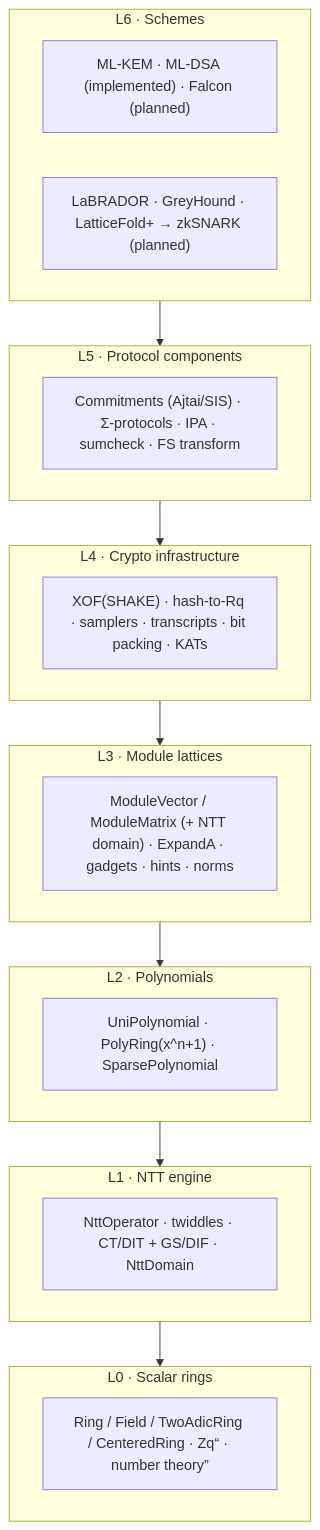
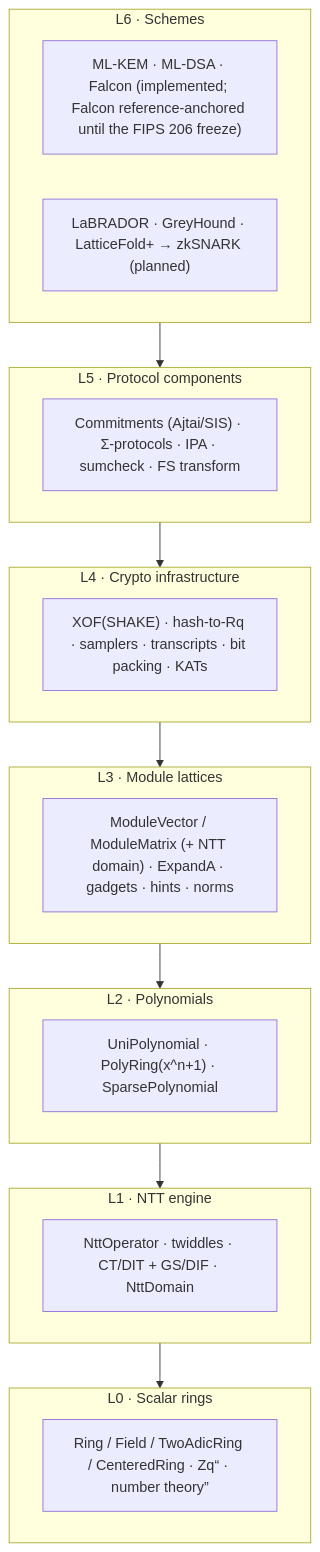
Before and after one commit to SuccinctPaul/lattice-algebra-rs: the first of 4 diagrams in docs/src/pages/design/architecture.mdx, drawn with Mermaid. The commit also changed 29 other files, not shown here.

````diff
--- a/docs/src/pages/design/architecture.mdx
+++ b/docs/src/pages/design/architecture.mdx
@@ -14,26 +14,26 @@
 ```mermaid
 flowchart TB
     subgraph L6["L6 · Schemes"]
-        SCHEME["ML-KEM · ML-DSA (implemented) · Falcon (planned)"]
+        SCHEME["ML-KEM · ML-DSA · Falcon (implemented; Falcon reference-anchored until the FIPS 206 freeze)"]
         SNARK["LaBRADOR · GreyHound · LatticeFold+ → zkSNARK (planned)"]
     end
     subgraph L5["L5 · Protocol components"]
         COMP["Commitments (Ajtai/SIS) · Σ-protocols · IPA · sumcheck · FS transform"]
     end
     subgraph L4["L4 · Crypto infrastructure"]
         INFRA["XOF(SHAKE) · hash-to-Rq · samplers · transcripts · bit packing · KATs"]
     end
     subgraph L3["L3 · Module lattices"]
         MOD["ModuleVector / ModuleMatrix (+ NTT domain) · ExpandA · gadgets · hints · norms"]
     end
     subgraph L2["L2 · Polynomials"]
         POLY["UniPolynomial · PolyRing(x^n+1) · SparsePolynomial"]
     end
     subgraph L1["L1 · NTT engine"]
         NTT["NttOperator · twiddles · CT/DIT + GS/DIF · NttDomain"]
     end
     subgraph L0["L0 · Scalar rings"]
         RING["Ring / Field / TwoAdicRing / CenteredRing · Zq<q> · number theory"]
     end
     L6 --> L5 --> L4 --> L3 --> L2 --> L1 --> L0
 ```
````
